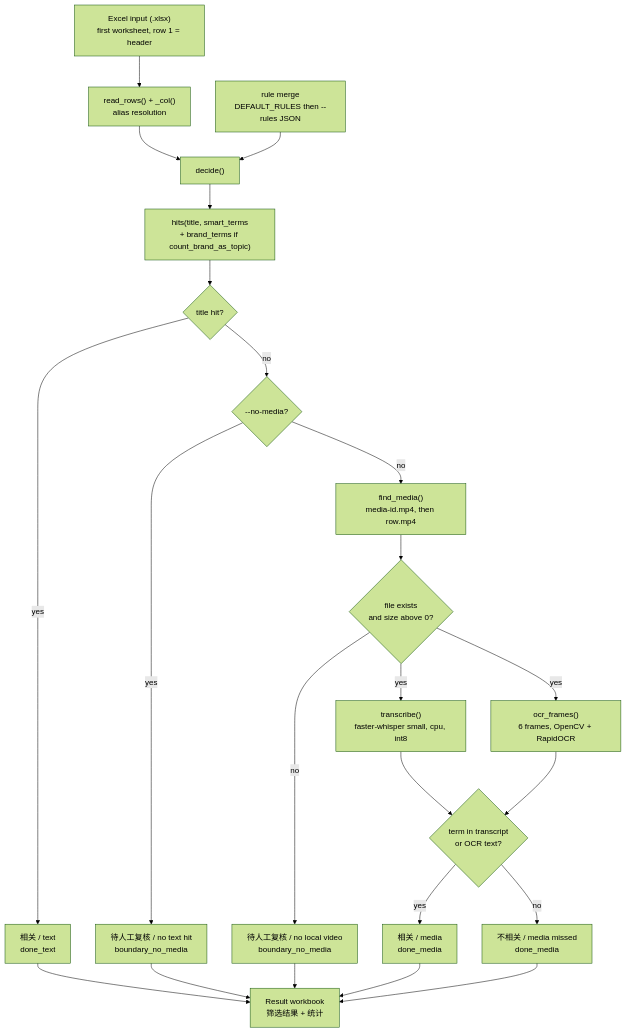
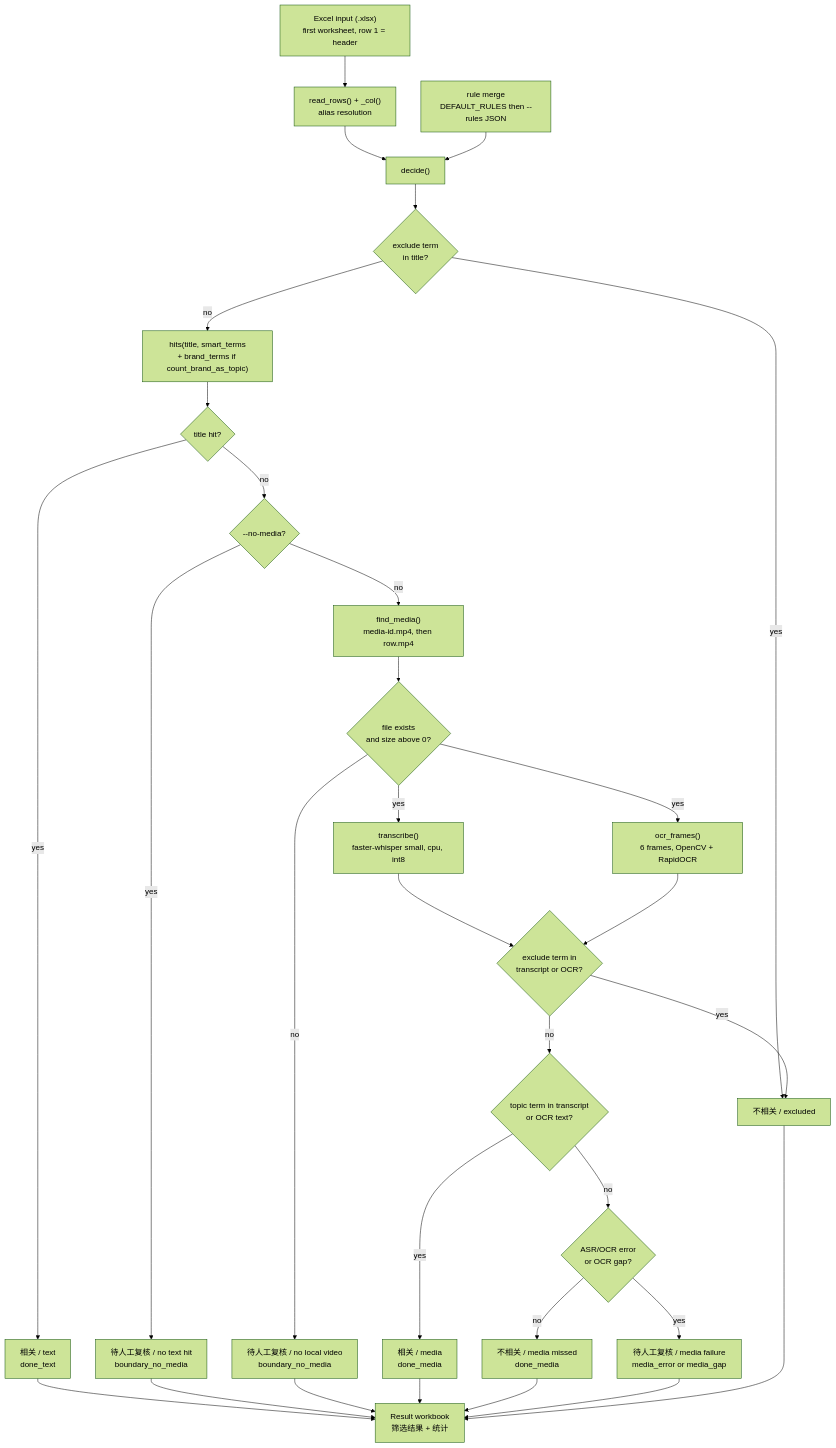
One commit to Ethan-upgrade/sv-topic-screener changed the first of 6 diagrams in README.md. Above: the diagram before and after it, drawn with Mermaid (forest theme). The commit also changed other lines of this file and 4 other files, not shown here.

First line of the commit message:
fix: honour exclude terms, surface media failures and keep source rows

````diff
--- a/README.md
+++ b/README.md
@@ -92,41 +97,54 @@
 ```mermaid
 flowchart TD
     IN["Excel input (.xlsx)<br/>first worksheet, row 1 = header"]
     READ["read_rows() + _col()<br/>alias resolution"]
     RULES["rule merge<br/>DEFAULT_RULES then --rules JSON"]
     DEC["decide()"]
+    EX{"exclude term<br/>in title?"}
     TXT["hits(title, smart_terms<br/>+ brand_terms if count_brand_as_topic)"]
     T1{"title hit?"}
     NM{"--no-media?"}
     FM["find_media()<br/>media-id.mp4, then row.mp4"]
     V1{"file exists<br/>and size above 0?"}
     ASR["transcribe()<br/>faster-whisper small, cpu, int8"]
     OCR["ocr_frames()<br/>6 frames, OpenCV + RapidOCR"]
-    MH{"term in transcript<br/>or OCR text?"}
+    MEX{"exclude term in<br/>transcript or OCR?"}
+    MH{"topic term in transcript<br/>or OCR text?"}
+    ERR{"ASR/OCR error<br/>or OCR gap?"}
+    RX["不相关 / excluded"]
     R1["相关 / text<br/>done_text"]
     R2["待人工复核 / no text hit<br/>boundary_no_media"]
     R3["待人工复核 / no local video<br/>boundary_no_media"]
     R4["相关 / media<br/>done_media"]
     R5["不相关 / media missed<br/>done_media"]
+    R6["待人工复核 / media failure<br/>media_error or media_gap"]
     OUT["Result workbook<br/>筛选结果 + 统计"]
 
     IN --> READ --> DEC
     RULES --> DEC
-    DEC --> TXT --> T1
+    DEC --> EX
+    EX -- yes --> RX
+    EX -- no --> TXT --> T1
     T1 -- yes --> R1
     T1 -- no --> NM
     NM -- yes --> R2
     NM -- no --> FM --> V1
     V1 -- no --> R3
     V1 -- yes --> ASR
     V1 -- yes --> OCR
-    ASR --> MH
-    OCR --> MH
+    ASR --> MEX
+    OCR --> MEX
+    MEX -- yes --> RX
+    MEX -- no --> MH
     MH -- yes --> R4
-    MH -- no --> R5
+    MH -- no --> ERR
+    ERR -- yes --> R6
+    ERR -- no --> R5
     R1 --> OUT
     R2 --> OUT
     R3 --> OUT
     R4 --> OUT
     R5 --> OUT
+    R6 --> OUT
+    RX --> OUT
 ```
````
